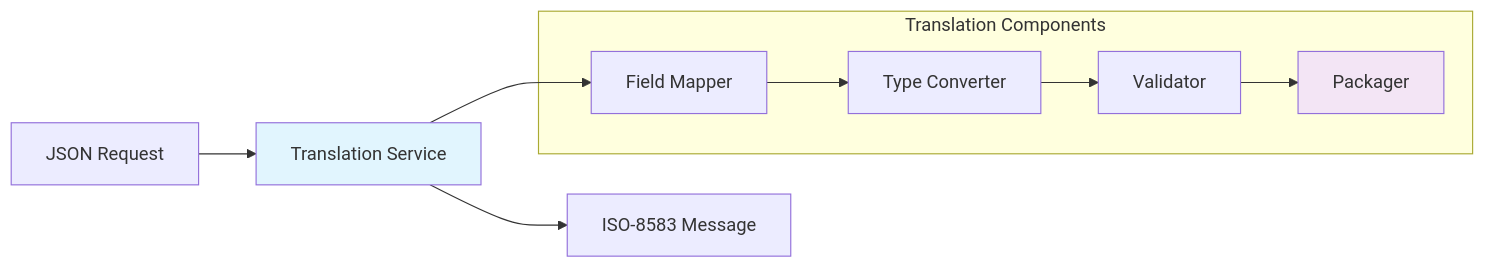
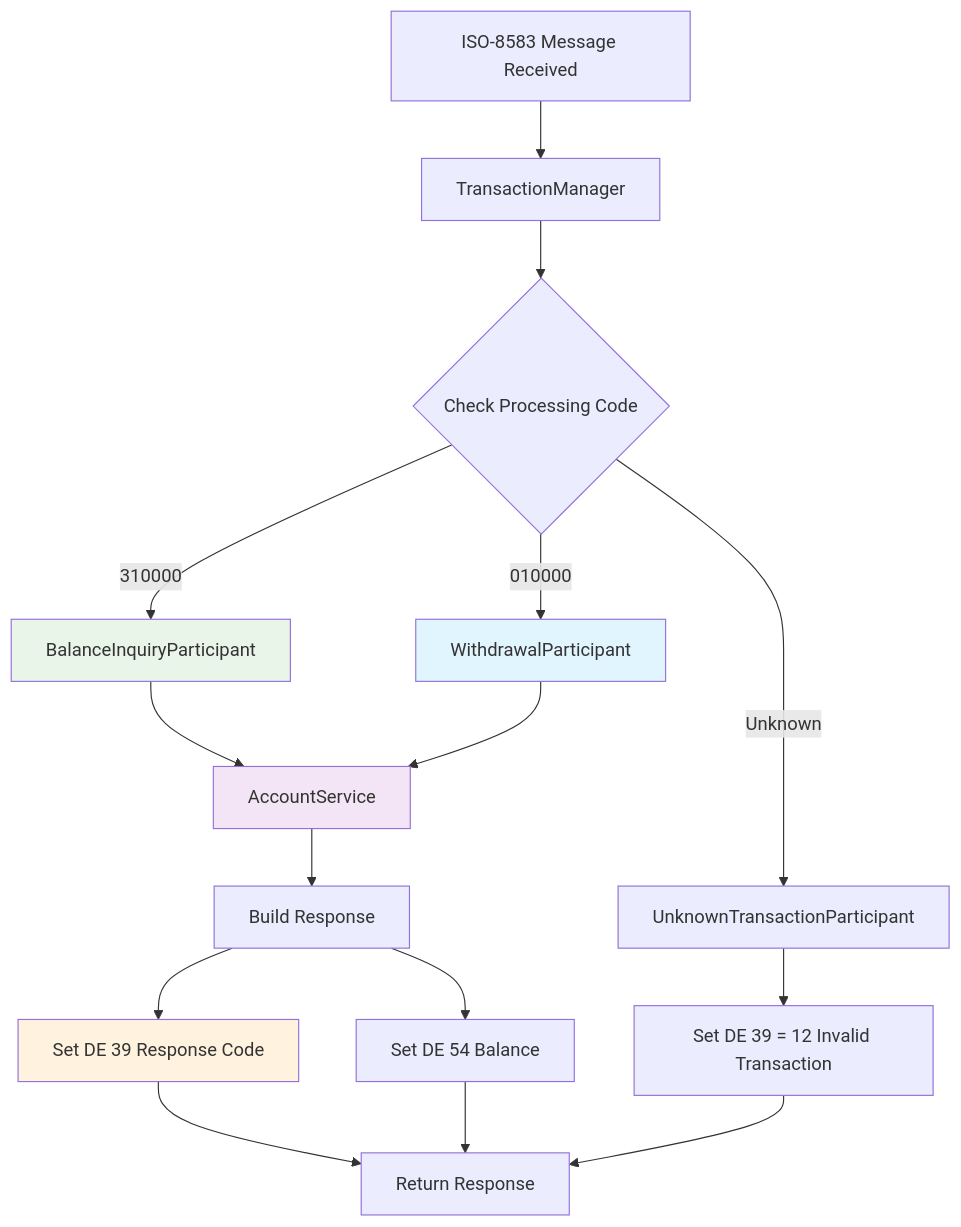
The fifth of 6 diagrams in workshop/day-3/INSTRUCTIONS.md (artivisi/training-spring-jpos-2025), drawn with Mermaid before and after one commit. The commit also changed other lines of this file and 30 other files, not shown here.

````diff
--- a/workshop/day-3/INSTRUCTIONS.md
+++ b/workshop/day-3/INSTRUCTIONS.md
@@ -96,20 +165,27 @@
 ```mermaid
-graph LR
-    A[JSON Request] --> B[Translation Service]
-    B --> C[ISO-8583 Message]
+graph TB
+    A[ISO-8583 Message Received] --> B[TransactionManager]
+    B --> C{Check Processing Code}
 
-    subgraph "Translation Components"
-        D[Field Mapper]
-        E[Type Converter]
-        F[Validator]
-        G[Packager]
-    end
+    C -->|310000| D[BalanceInquiryParticipant]
+    C -->|010000| E[WithdrawalParticipant]
+    C -->|Unknown| F[UnknownTransactionParticipant]
 
-    B --> D
-    D --> E
-    E --> F
-    F --> G
+    D --> G[AccountService]
+    E --> G
 
-    style B fill:#e1f5fe
+    G --> H[Build Response]
+    H --> I[Set DE 39 Response Code]
+    H --> J[Set DE 54 Balance]
+
+    I --> K[Return Response]
+    J --> K
+
+    F --> L[Set DE 39 = 12 Invalid Transaction]
+    L --> K
+
+    style D fill:#e8f5e8
+    style E fill:#e1f5fe
     style G fill:#f3e5f5
+    style I fill:#fff3e0
 ```
````
